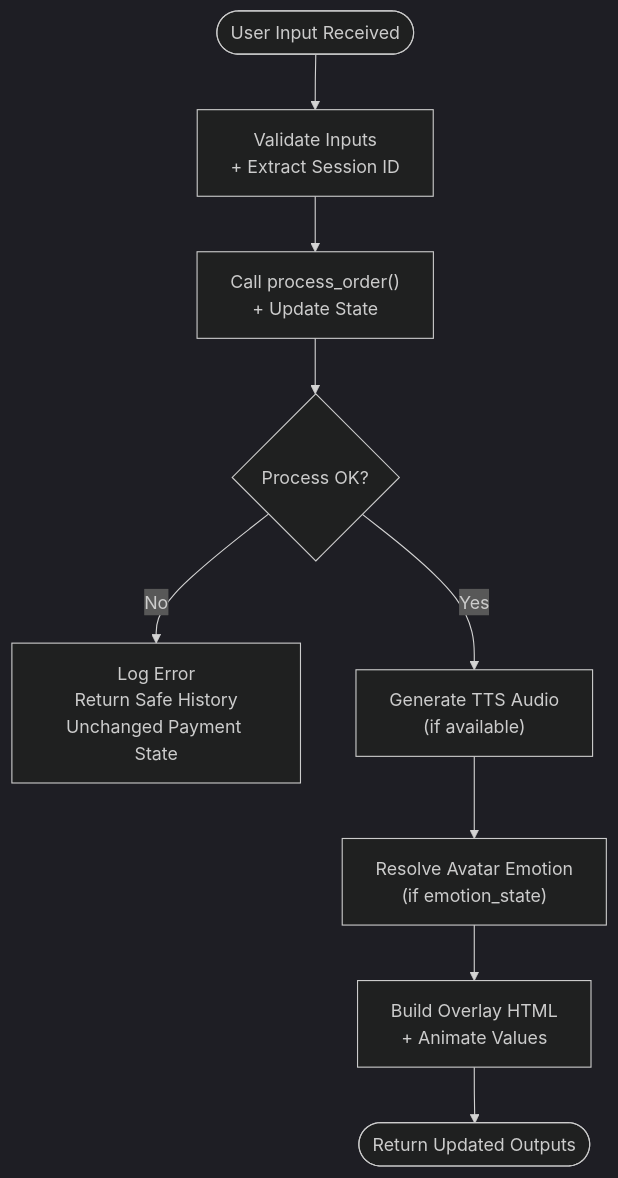
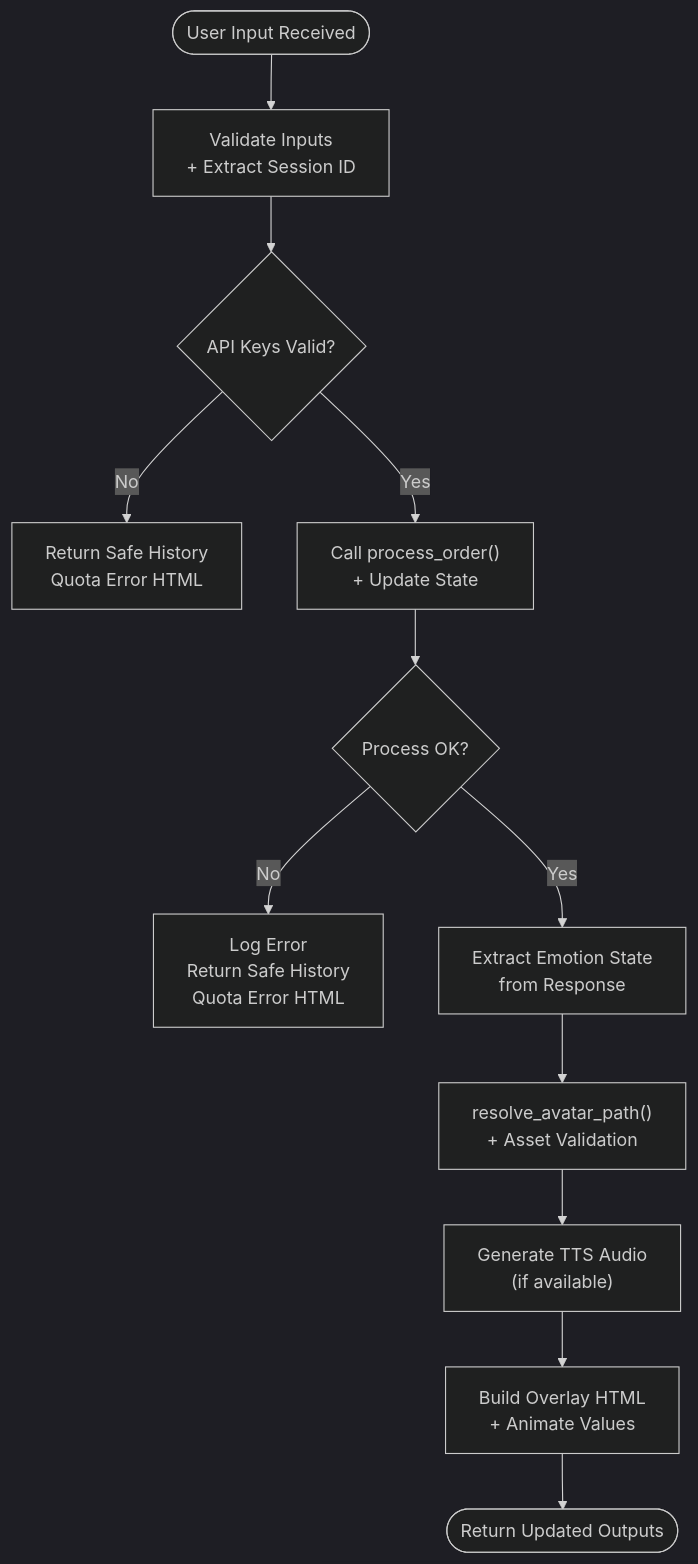
The third of 8 diagrams in .qoder/repowiki/en/content/API Reference/UI Handler API.md (MOK-5-ha/MayaMCP), drawn with Mermaid (dark theme) before and after one commit. The commit also changed other lines of this file and 27 other files, not shown here.

````diff
--- a/.qoder/repowiki/en/content/API Reference/UI Handler API.md
+++ b/.qoder/repowiki/en/content/API Reference/UI Handler API.md
@@ -188,11 +201,14 @@
 ```mermaid
 flowchart TD
 Start(["User Input Received"]) --> Validate["Validate Inputs<br/>+ Extract Session ID"]
-Validate --> Process["Call process_order()<br/>+ Update State"]
+Validate --> KeyCheck{"API Keys Valid?"}
+KeyCheck --> |No| KeyError["Return Safe History<br/>Quota Error HTML"]
+KeyCheck --> |Yes| Process["Call process_order()<br/>+ Update State"]
 Process --> Success{"Process OK?"}
-Success --> |No| ErrorPath["Log Error<br/>Return Safe History<br/>Unchanged Payment State"]
-Success --> |Yes| TTS["Generate TTS Audio<br/>(if available)"]
-TTS --> Emotion["Resolve Avatar Emotion<br/>(if emotion_state)"]
-Emotion --> Overlay["Build Overlay HTML<br/>+ Animate Values"]
+Success --> |No| ErrorPath["Log Error<br/>Return Safe History<br/>Quota Error HTML"]
+Success --> |Yes| Emotion["Extract Emotion State<br/>from Response"]
+Emotion --> Avatar["resolve_avatar_path()<br/>+ Asset Validation"]
+Avatar --> TTS["Generate TTS Audio<br/>(if available)"]
+TTS --> Overlay["Build Overlay HTML<br/>+ Animate Values"]
 Overlay --> Return(["Return Updated Outputs"])
 ```
````
